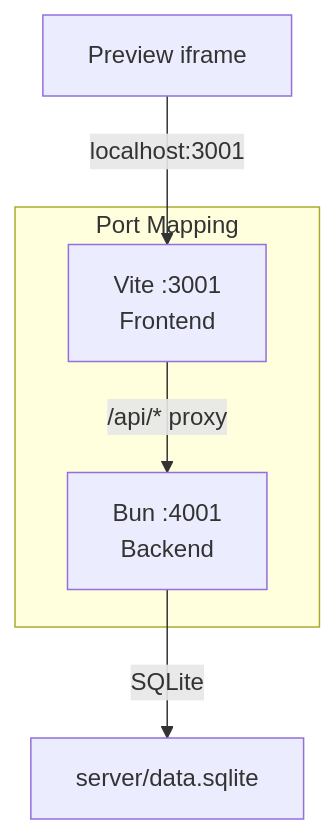
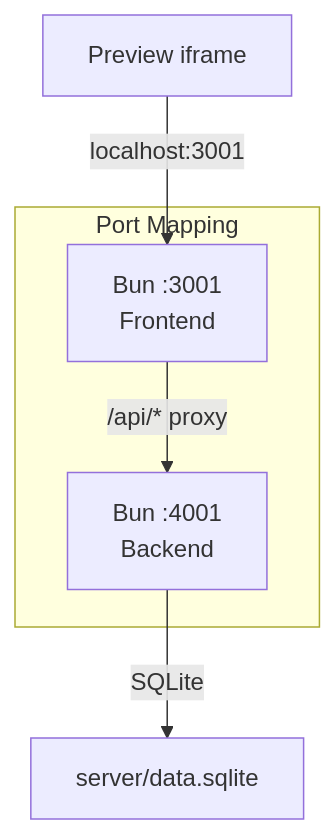
One commit to anthonybaldwin/page-gen changed the second of 4 diagrams in docs/adr/005-preview-isolation-docker.md. Above: the diagram before and after it, drawn with Mermaid. The commit also changed other lines of this file and 32 other files, not shown here.

First line of the commit message:
refactor: replace Vite with Bun's built-in dev server

````diff
--- a/docs/adr/005-preview-isolation-docker.md
+++ b/docs/adr/005-preview-isolation-docker.md
@@ -47,11 +47,11 @@
 ```mermaid
 graph TD
   subgraph Pool["Port Mapping"]
-    V1["Vite :3001<br>Frontend"]
+    V1["Bun :3001<br>Frontend"]
     B1["Bun :4001<br>Backend"]
   end
 
   FE["Preview iframe"] -->|localhost:3001| V1
   V1 -->|"/api/*" proxy| B1
   B1 -->|SQLite| DB["server/data.sqlite"]
 ```
````
